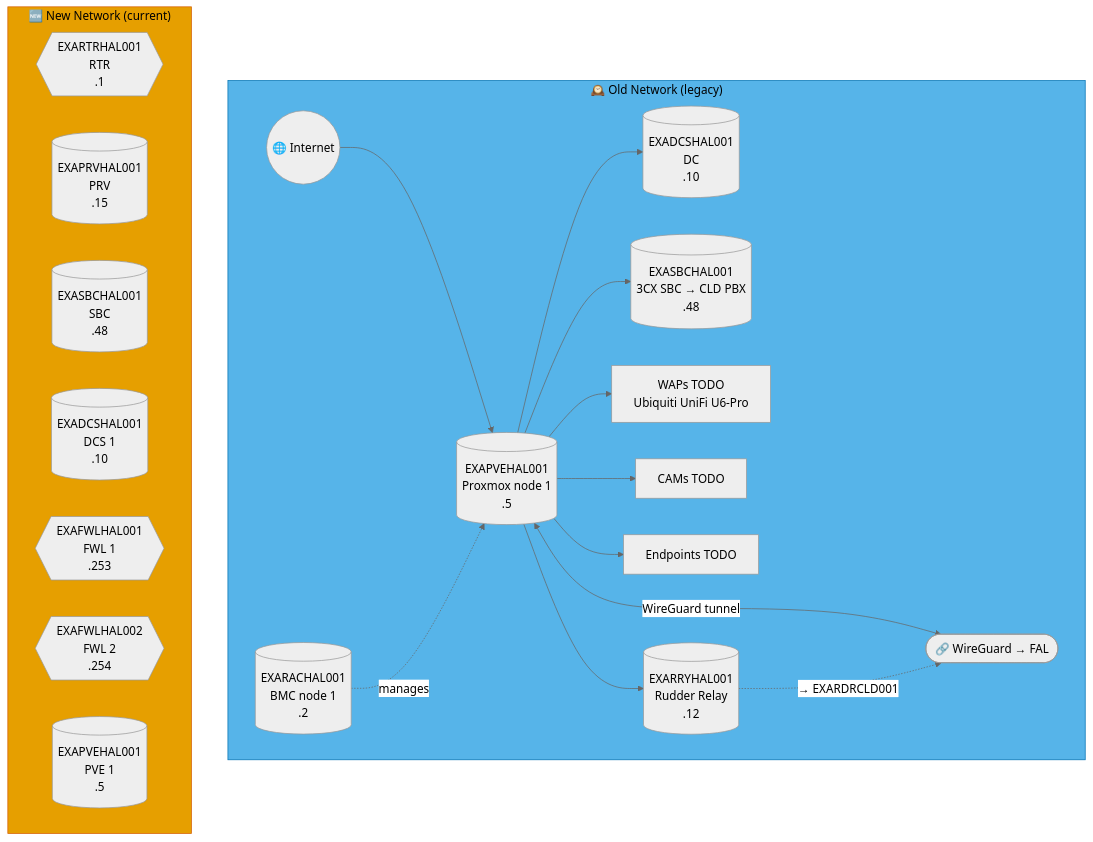
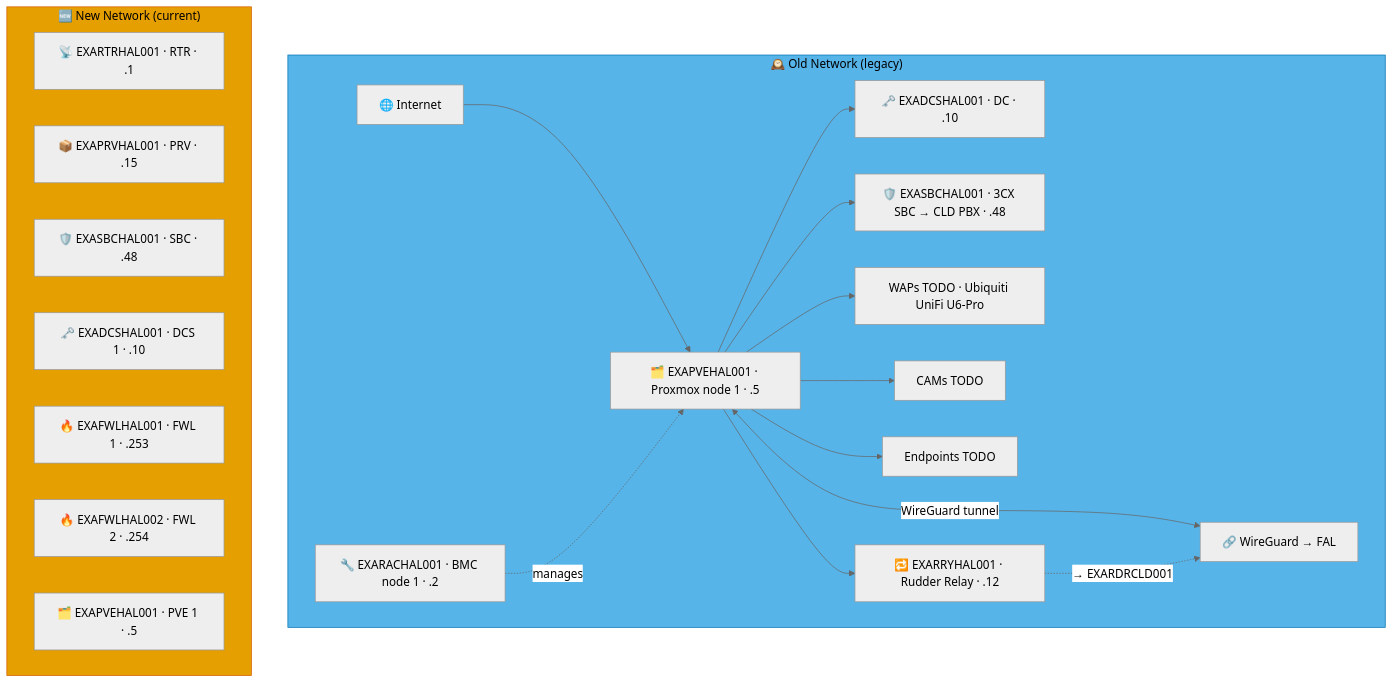
Diagram 15 of 51 in docs/network-diagram.md (knightmare2600/example_music_infra), drawn with Mermaid (neutral theme) before and after one commit. The commit also changed other lines of this file and 5 other files, not shown here.

````diff
--- a/docs/network-diagram.md
+++ b/docs/network-diagram.md
@@ -1060,36 +1061,36 @@
 ```mermaid
 graph TD
     subgraph OLD_HAL ["🕰️ Old Network (legacy)"]
-      INET(("🌐 Internet"))
-      RAC[("EXARACHAL001<br/>BMC node 1<br/>.2")]
-      PVE[("EXAPVEHAL001<br/>Proxmox node 1<br/>.5")]
-      DC[("EXADCSHAL001<br/>DC<br/>.10")]
-      SBC[("EXASBCHAL001<br/>3CX SBC → CLD PBX<br/>.48")]
-      RRY[("EXARRYHAL001<br/>Rudder Relay<br/>.12")]
-      WAP["WAPs TODO<br/>Ubiquiti UniFi U6-Pro"]
+      INET["🌐 Internet"]
+      RAC["🔧 EXARACHAL001 · BMC node 1 · .2"]
+      PVE["🗂️ EXAPVEHAL001 · Proxmox node 1 · .5"]
+      DC["🗝️ EXADCSHAL001 · DC · .10"]
+      SBC["🛡️ EXASBCHAL001 · 3CX SBC → CLD PBX · .48"]
+      RRY["🔁 EXARRYHAL001 · Rudder Relay · .12"]
+      WAP["WAPs TODO · Ubiquiti UniFi U6-Pro"]
       CAM["CAMs TODO"]
       EP["Endpoints TODO"]
-      VPN(["🔗 WireGuard → FAL"])
+      VPN["🔗 WireGuard → FAL"]
 
       INET --> PVE --> DC & SBC
       RAC -.->|"manages"| PVE
       PVE --> WAP & CAM & EP
       PVE <-->|"WireGuard tunnel"| VPN
 
       PVE --> RRY
       RRY -. "→ EXARDRCLD001" .-> VPN
     end
     style OLD_HAL fill:#56B4E9,stroke:#0072B2,color:#000000
     %% GENERATED:NEW-NETWORK:HAL:START
     subgraph NEW_HAL ["🆕 New Network (current)"]
-      N_RTR{{"EXARTRHAL001<br/>RTR<br/>.1"}}
-      N_PRV[("EXAPRVHAL001<br/>PRV<br/>.15")]
-      N_SBC[("EXASBCHAL001<br/>SBC<br/>.48")]
-      N_DCS[("EXADCSHAL001<br/>DCS 1<br/>.10")]
-      N_FWL{{"EXAFWLHAL001<br/>FWL 1<br/>.253"}}
-      N_FWL2{{"EXAFWLHAL002<br/>FWL 2<br/>.254"}}
-      N_PVE[("EXAPVEHAL001<br/>PVE 1<br/>.5")]
+      N_RTR["📡 EXARTRHAL001 · RTR · .1"]
+      N_PRV["📦 EXAPRVHAL001 · PRV · .15"]
+      N_SBC["🛡️ EXASBCHAL001 · SBC · .48"]
+      N_DCS["🗝️ EXADCSHAL001 · DCS 1 · .10"]
+      N_FWL["🔥 EXAFWLHAL001 · FWL 1 · .253"]
+      N_FWL2["🔥 EXAFWLHAL002 · FWL 2 · .254"]
+      N_PVE["🗂️ EXAPVEHAL001 · PVE 1 · .5"]
     end
     style NEW_HAL fill:#E69F00,stroke:#D55E00,color:#000000
     %% GENERATED:NEW-NETWORK:HAL:END
 ```
````
